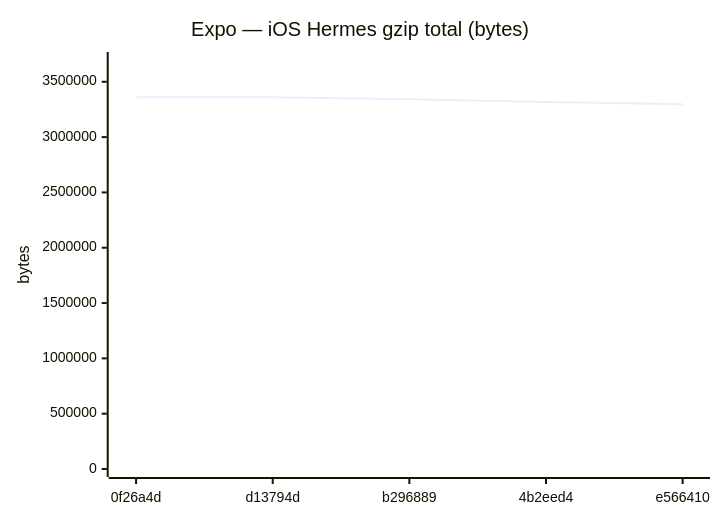
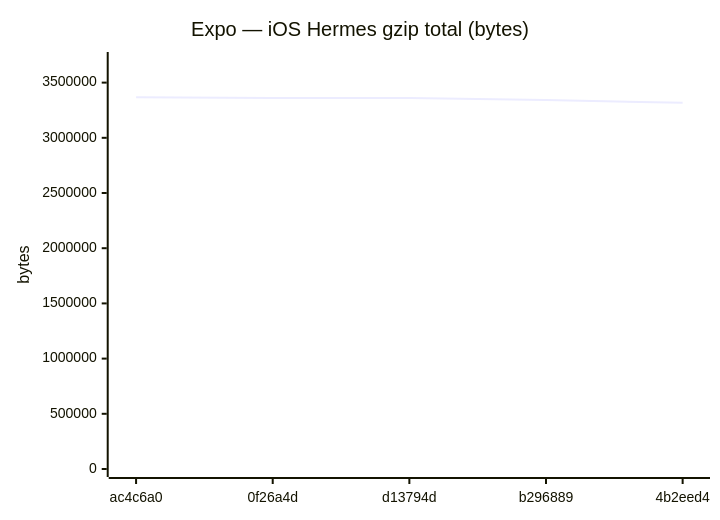
One commit to Metaheurist/Rianell changed diagram 12 of 18 in benchmarks/compare.md. Above: the diagram before and after it, drawn with Mermaid. The commit also changed other lines of this file and 11 other files, not shown here.

````diff
--- a/benchmarks/compare.md
+++ b/benchmarks/compare.md
@@ -179,7 +179,7 @@
 ```mermaid
 xychart-beta
     title "Expo — iOS Hermes gzip total (bytes)"
-    x-axis ["0f26a4d", "d13794d", "b296889", "4b2eed4", "e566410"]
-    y-axis "bytes" 0 --> 3696854
-    line [3360774, 3360776, 3341646, 3316545, 3297734]
+    x-axis ["ac4c6a0", "0f26a4d", "d13794d", "b296889", "4b2eed4"]
+    y-axis "bytes" 0 --> 3704892
+    line [3368083, 3360774, 3360776, 3341646, 3316545]
 ```
````
